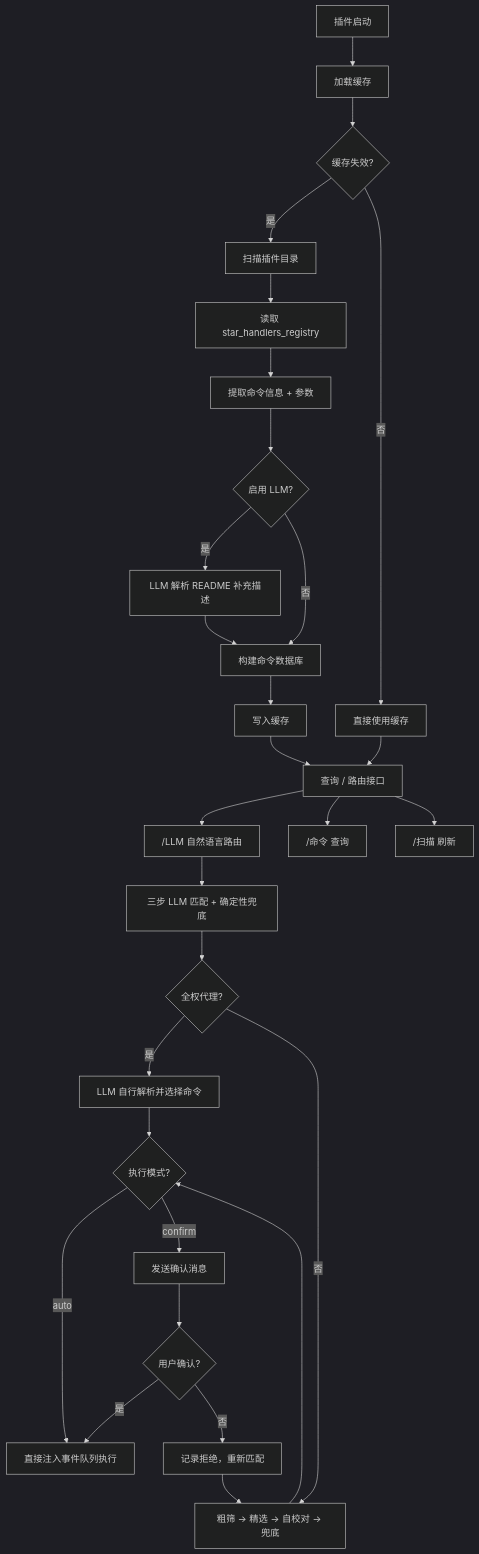
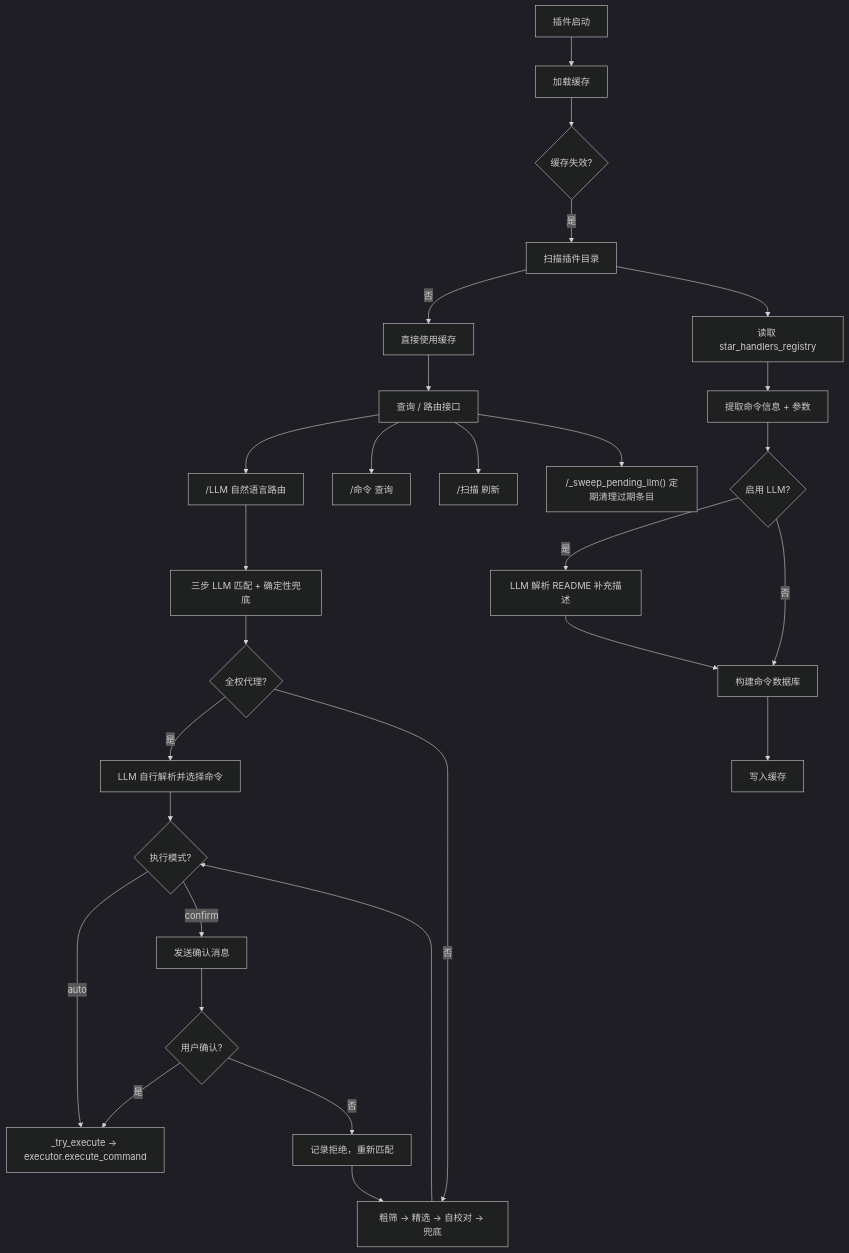
One commit to R1D3rZzz/astrbot_plugin_command_displayer changed the diagram in README.md. Above: the diagram before and after it, drawn with Mermaid (dark theme).

````diff
--- a/README.md
+++ b/README.md
@@ -73,36 +73,36 @@
 ```mermaid
-graph TD
-    A[插件启动] --> B[加载缓存]
-    B --> C{缓存失效?}
-    C -->|是| D[扫描插件目录]
-    C -->|否| E[直接使用缓存]
-    D --> F[读取 star_handlers_registry]
-    F --> G[提取命令信息 + 参数]
-    G --> H{启用 LLM?}
-    H -->|是| I[LLM 解析 README 补充描述]
-    H -->|否| J[构建命令数据库]
-    I --> J
-    J --> K[写入缓存]
-    E --> L[查询 / 路由接口]
-    K --> L
+ graph TD                                     
+      A[插件启动] --> B[加载缓存]                                           
+      B --> C{缓存失效?}
+      C -->|是| D[扫描插件目录]                                                                                                                                                                                                    -->|否| E[直接使用缓存]
+      D --> F[读取 star_handlers_registry]                                                                                                                                                                                          
+      F --> G[提取命令信息 + 参数]                                
+      G --> H{启用 LLM?}
+      H -->|是| I[LLM 解析 README 补充描述]
+      H -->|否| J[构建命令数据库]
+      I --> J
+      J --> K[写入缓存]
+      E --> L[查询 / 路由接口]
 
-    M["/LLM 自然语言路由"]
-    N["/命令 查询"]
-    O["/扫描 刷新"]
-    L --> M
-    L --> N
-    L --> O
+      M["/LLM 自然语言路由"]
+      N["/命令 查询"]
+      O["/扫描 刷新"]
+      L --> M
+      L --> N
+      L --> O
 
-    M --> P[三步 LLM 匹配 + 确定性兜底]
-    P --> Q{全权代理?}
-    Q -->|是| R[LLM 自行解析并选择命令]
-    Q -->|否| S[粗筛 → 精选 → 自校对 → 兜底]
-    R --> T{执行模式?}
-    S --> T
-    T -->|auto| U[直接注入事件队列执行]
-    T -->|confirm| V[发送确认消息]
-    V --> W{用户确认?}
-    W -->|是| U
-    W -->|否| X[记录拒绝，重新匹配]
-    X --> S
+      M --> P[三步 LLM 匹配 + 确定性兜底]
+      P --> Q{全权代理?}
+      Q -->|是| R[LLM 自行解析并选择命令]
+      Q -->|否| S[粗筛 → 精选 → 自校对 → 兜底]
+      R --> T{执行模式?}
+      S --> T
+      T -->|auto| U["_try_execute → executor.execute_command"]
+      T -->|confirm| V[发送确认消息]
+      V --> W{用户确认?}
+      W -->|是| U
+      W -->|否| X[记录拒绝，重新匹配]
+      X --> S
+
+      L --> Y["/_sweep_pending_llm() 定期清理过期条目"]
 ```
````
